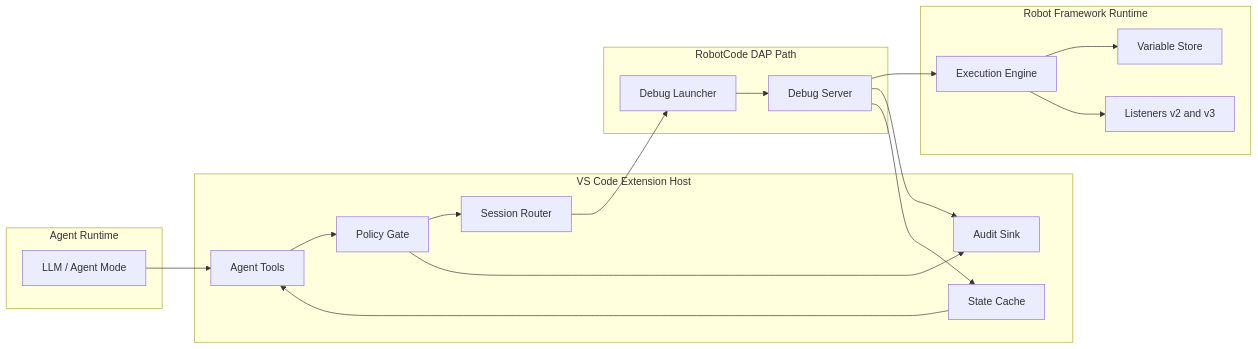
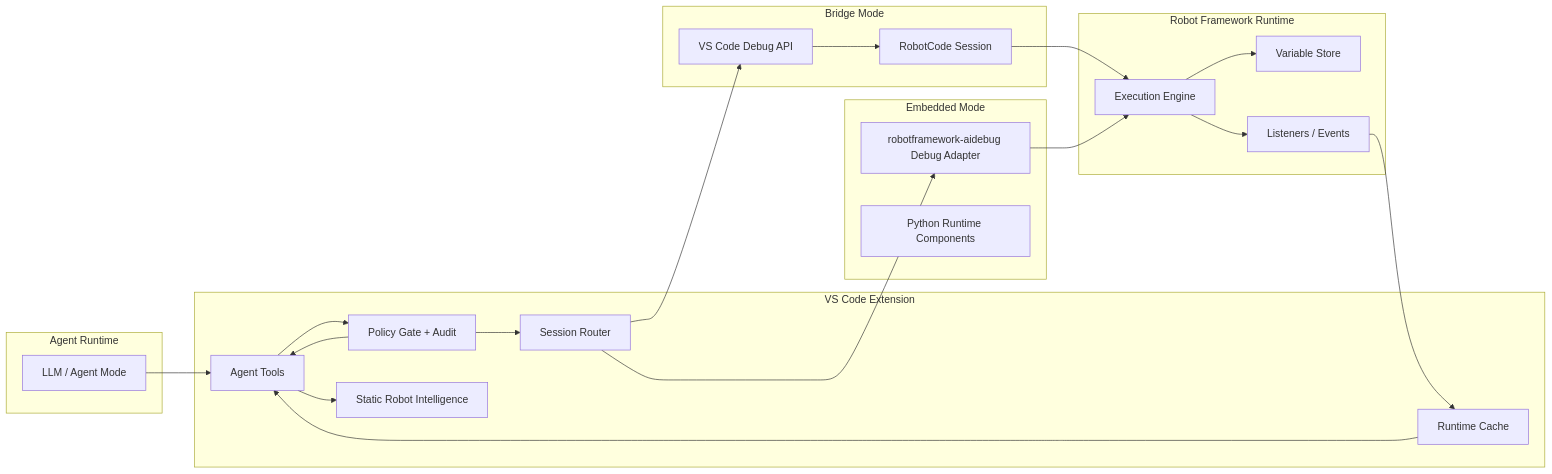
Before and after one commit to manykarim/robotframework-aidebug: the diagram in docs/ddd/context-map.md, drawn with Mermaid. The commit also changed other lines of this file and 52 other files, not shown here.

Commit message:
Implement bridge and embedded debug architecture

````diff
--- a/docs/ddd/context-map.md
+++ b/docs/ddd/context-map.md
@@ -3,38 +3,45 @@
 ```mermaid
 flowchart LR
-  subgraph AI[Agent Runtime]
-    AGENT[LLM / Agent Mode]
+  subgraph AGENT[Agent Runtime]
+    LLM[LLM / Agent Mode]
   end
 
-  subgraph EXT[VS Code Extension Host]
+  subgraph EXT[VS Code Extension]
     TOOLS[Agent Tools]
     ROUTER[Session Router]
-    CACHE[State Cache]
-    POLICY[Policy Gate]
-    AUDIT[Audit Sink]
+    CACHE[Runtime Cache]
+    GOV[Policy Gate + Audit]
+    STATIC[Static Robot Intelligence]
   end
 
-  subgraph DAP[RobotCode DAP Path]
-    LAUNCHER[Debug Launcher]
-    SERVER[Debug Server]
+  subgraph BRIDGE[Bridge Mode]
+    VSD[VS Code Debug API]
+    RCS[RobotCode Session]
+  end
+
+  subgraph EMBED[Embedded Mode]
+    ADBG[robotframework-aidebug Debug Adapter]
+    PY[Python Runtime Components]
   end
 
   subgraph RF[Robot Framework Runtime]
     EXEC[Execution Engine]
     VARS[Variable Store]
-    LISTENERS[Listeners v2 and v3]
+    LISTEN[Listeners / Events]
   end
 
-  AGENT --> TOOLS
-  TOOLS --> POLICY
-  POLICY --> ROUTER
-  ROUTER --> LAUNCHER
-  LAUNCHER --> SERVER
-  SERVER --> EXEC
+  LLM --> TOOLS
+  TOOLS --> GOV
+  GOV --> ROUTER
+  TOOLS --> STATIC
+  ROUTER --> VSD
+  VSD --> RCS
+  ROUTER --> ADBG
+  RCS --> EXEC
+  ADBG --> EXEC
   EXEC --> VARS
-  EXEC --> LISTENERS
-  SERVER --> AUDIT
-  POLICY --> AUDIT
-  SERVER --> CACHE
+  EXEC --> LISTEN
+  LISTEN --> CACHE
   CACHE --> TOOLS
+  GOV --> TOOLS
 ```
````
